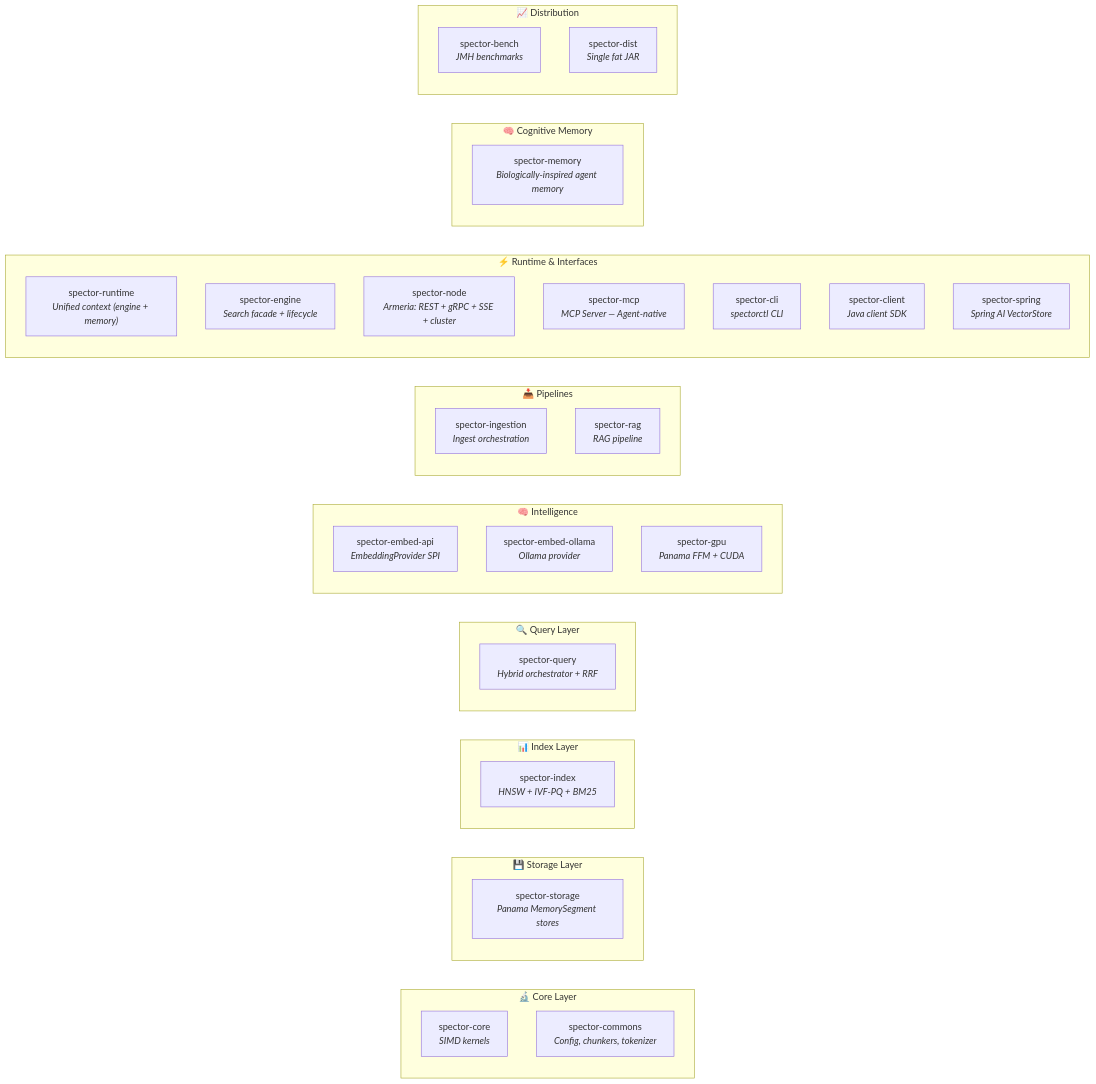
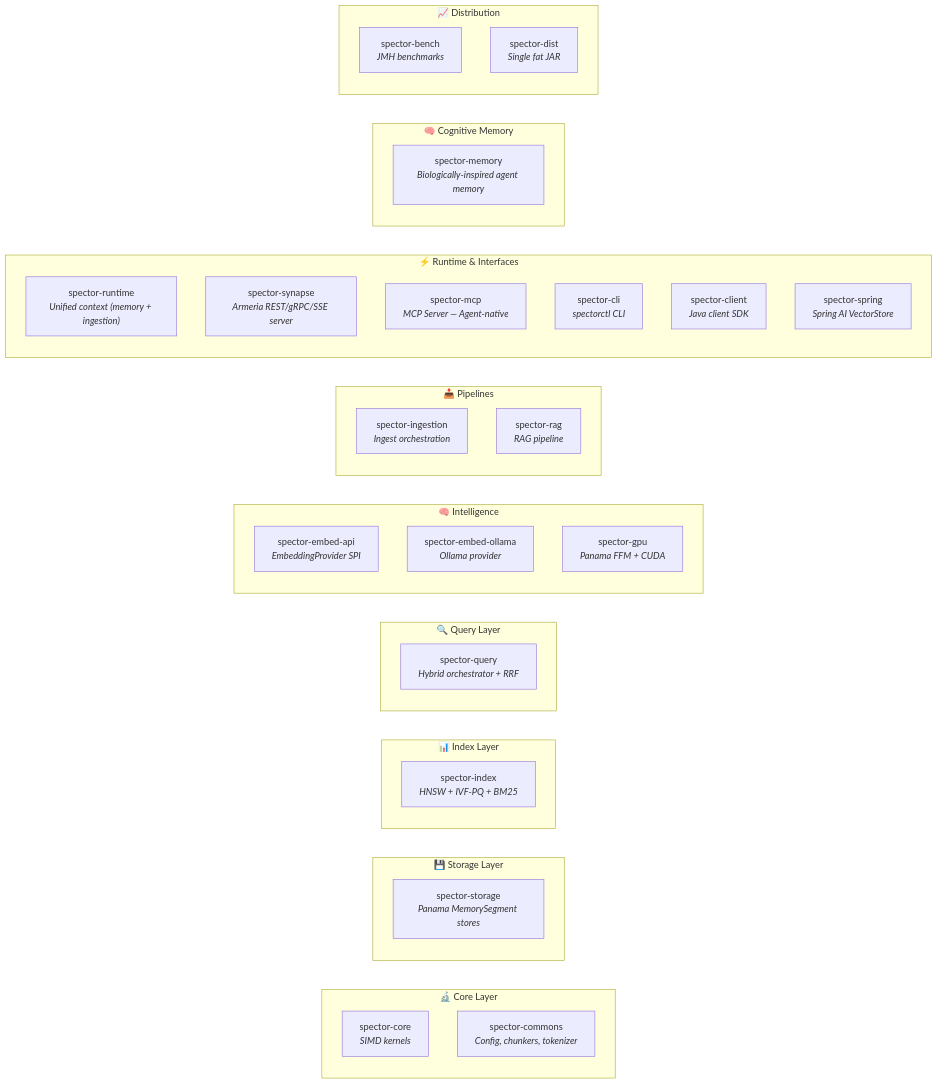
Before and after one commit to spectrayan/spector: the sixth of 12 diagrams in docs/docs/architecture/overview.md, drawn with Mermaid. The commit also changed other lines of this file and 1511 other files, not shown here.

First line of the commit message:
refactor: restructure repo into nucleus/, memory/, synapse/, cortex/, bench/ (#283) (#286)

````diff
--- a/docs/docs/architecture/overview.md
+++ b/docs/docs/architecture/overview.md
@@ -233,49 +272,48 @@
 ```mermaid
 graph LR
     subgraph "🔬 Core Layer"
         core["spector-core<br/><i>SIMD kernels</i>"]
         commons["spector-commons<br/><i>Config, chunkers, tokenizer</i>"]
     end
 
     subgraph "💾 Storage Layer"
         storage["spector-storage<br/><i>Panama MemorySegment stores</i>"]
     end
 
     subgraph "📊 Index Layer"
         index["spector-index<br/><i>HNSW + IVF-PQ + BM25</i>"]
     end
 
     subgraph "🔍 Query Layer"
         query["spector-query<br/><i>Hybrid orchestrator + RRF</i>"]
     end
 
     subgraph "🧠 Intelligence"
         embedapi["spector-embed-api<br/><i>EmbeddingProvider SPI</i>"]
         embedollama["spector-embed-ollama<br/><i>Ollama provider</i>"]
         gpu["spector-gpu<br/><i>Panama FFM + CUDA</i>"]
     end
 
     subgraph "📥 Pipelines"
         ingestion["spector-ingestion<br/><i>Ingest orchestration</i>"]
         rag["spector-rag<br/><i>RAG pipeline</i>"]
     end
 
     subgraph "⚡ Runtime & Interfaces"
-        runtime["spector-runtime<br/><i>Unified context (engine + memory)</i>"]
-        engine["spector-engine<br/><i>Search facade + lifecycle</i>"]
-        node["spector-node<br/><i>Armeria: REST + gRPC + SSE + cluster</i>"]
+        runtime["spector-runtime<br/><i>Unified context (memory + ingestion)</i>"]
+        synapse["spector-synapse<br/><i>Armeria REST/gRPC/SSE server</i>"]
         mcp["spector-mcp<br/><i>MCP Server — Agent-native</i>"]
         cli["spector-cli<br/><i>spectorctl CLI</i>"]
         client["spector-client<br/><i>Java client SDK</i>"]
         spring["spector-spring<br/><i>Spring AI VectorStore</i>"]
     end
 
     subgraph "🧠 Cognitive Memory"
         memory["spector-memory<br/><i>Biologically-inspired agent memory</i>"]
     end
 
     subgraph "📈 Distribution"
         bench["spector-bench<br/><i>JMH benchmarks</i>"]
         dist["spector-dist<br/><i>Single fat JAR</i>"]
     end
 ```
````
